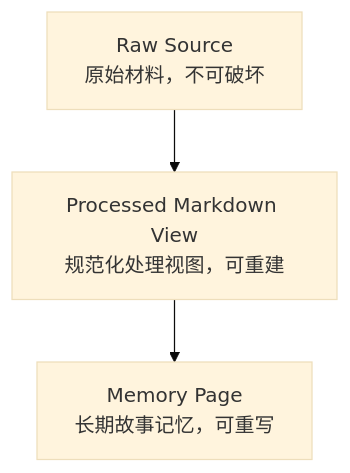
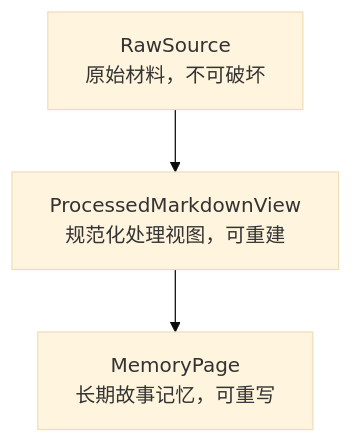
The first of 5 diagrams in goals/16-source-normalization.md (FrankQDWang/sextantlabs), drawn with Mermaid (base theme) before and after one commit. The commit also changed other lines of this file, not shown here.

Commit message:
Unify source normalization enums

````diff
--- a/goals/16-source-normalization.md
+++ b/goals/16-source-normalization.md
@@ -11,5 +9,5 @@
 ```mermaid
 flowchart TD
-    A[Raw Source\n原始材料，不可破坏] --> B[Processed Markdown View\n规范化处理视图，可重建]
-    B --> C[Memory Page\n长期故事记忆，可重写]
+    A[RawSource\n原始材料，不可破坏] --> B[ProcessedMarkdownView\n规范化处理视图，可重建]
+    B --> C[MemoryPage\n长期故事记忆，可重写]
 ```
````
